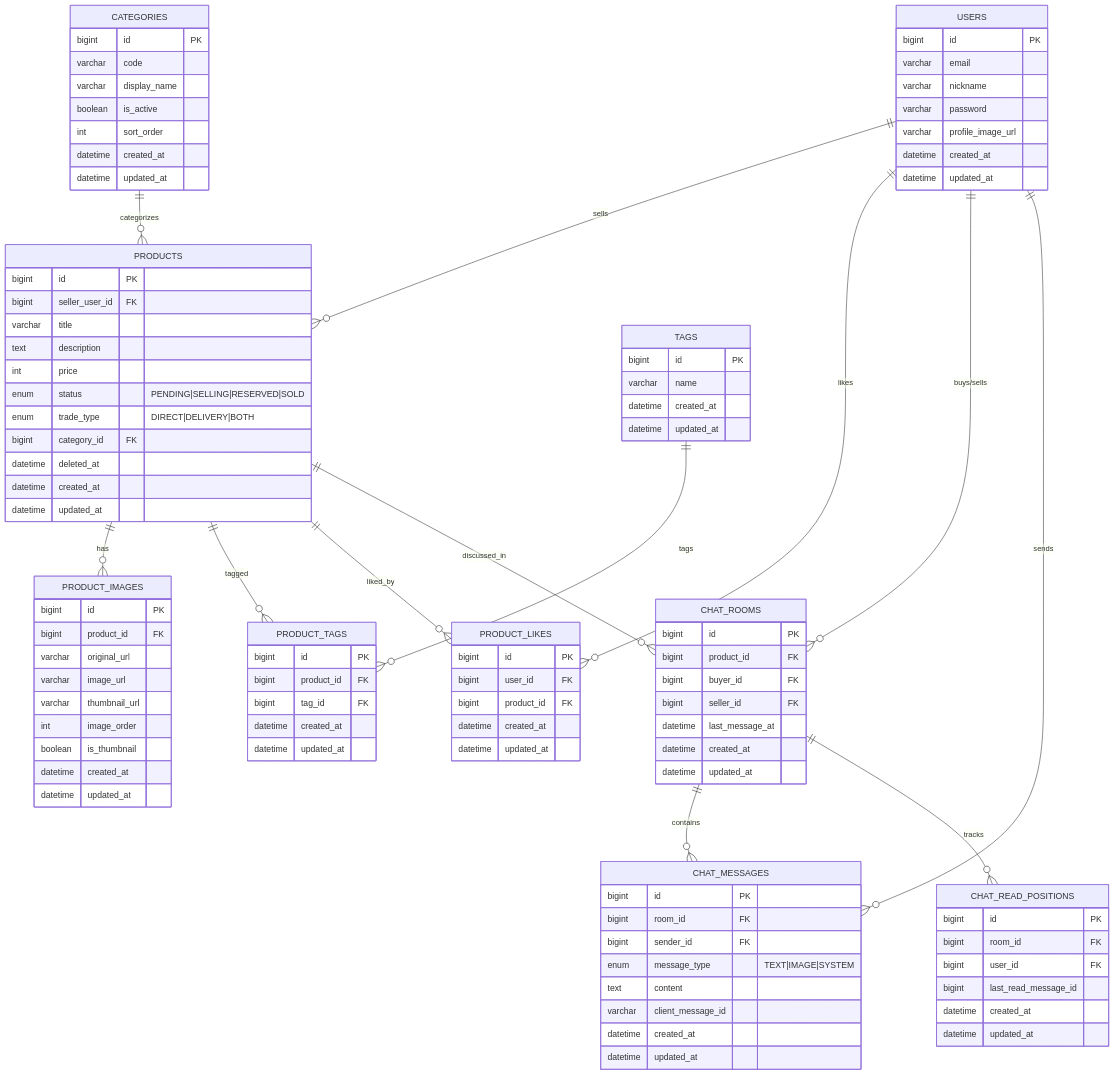
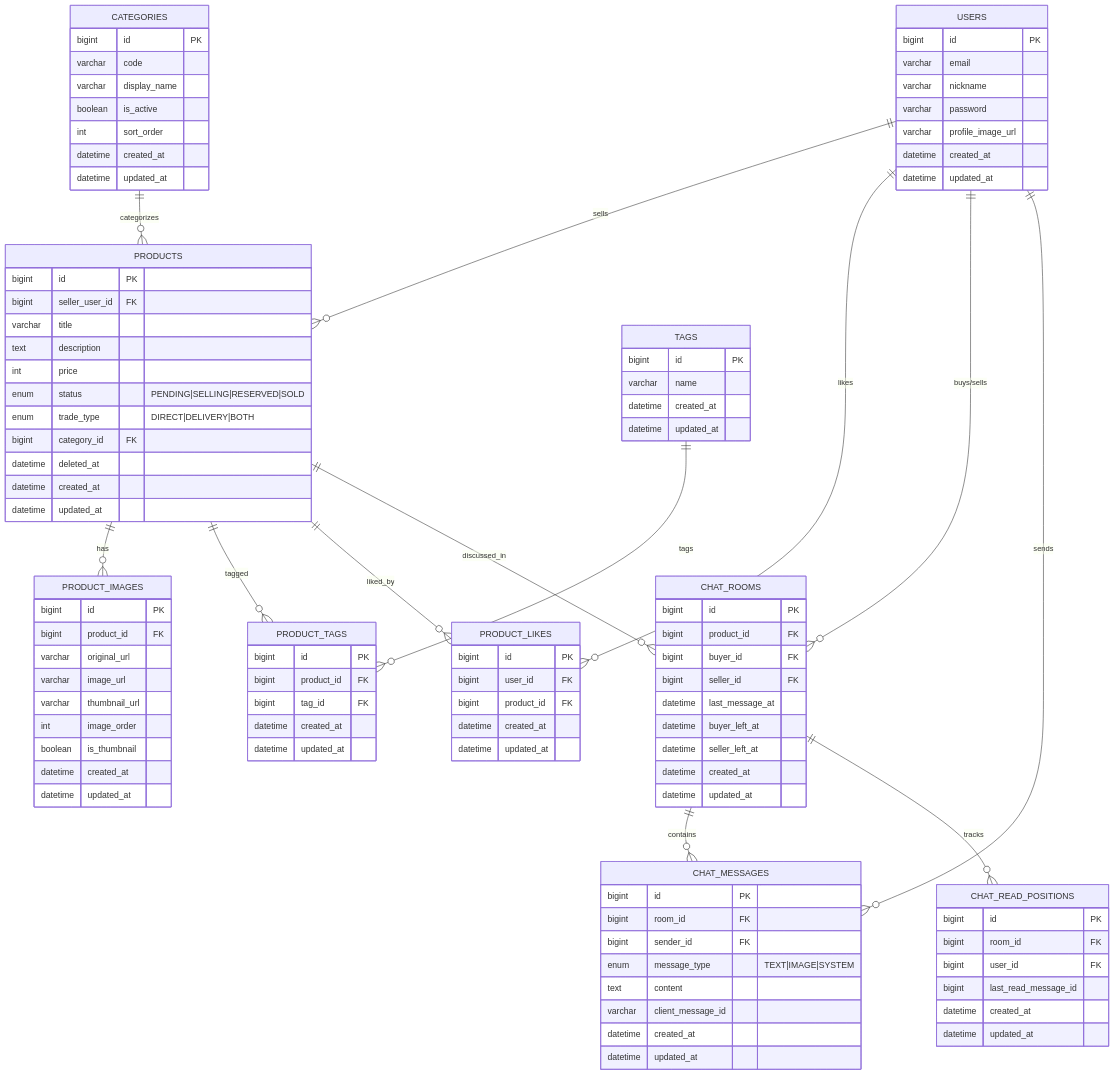
The diagram in architecture/erd.md (cherry-market/cherry-architecture), drawn with Mermaid before and after one commit. The commit also changed other lines of this file and 4 other files, not shown here.

```diff
--- a/architecture/erd.md
+++ b/architecture/erd.md
@@ -90,6 +90,8 @@
     bigint buyer_id FK
     bigint seller_id FK
     datetime last_message_at
+    datetime buyer_left_at
+    datetime seller_left_at
     datetime created_at
     datetime updated_at
   }
```
